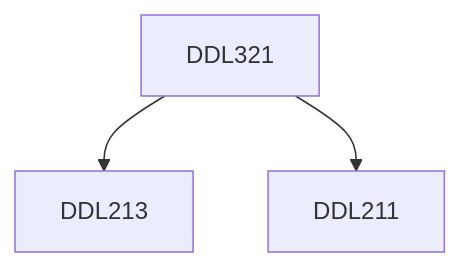
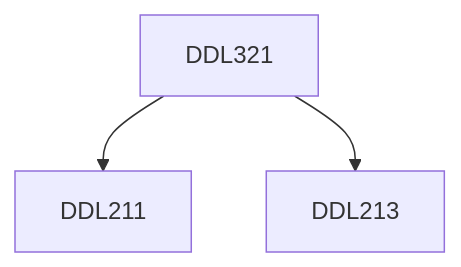
Before and after one commit to KeshavBansal0122/CoS_Website: the diagram in content/Design/DDL321.md, drawn with Mermaid. The commit also changed other lines of this file and 2662 other files, not shown here.

````diff
--- a/content/Design/DDL321.md
+++ b/content/Design/DDL321.md
@@ -13,9 +13,9 @@
 ```mermaid
 flowchart TD
 DDL321-302[DDL321]
+DDL321-302 --> DDL211-302[DDL211]
 DDL321-302 --> DDL213-302[DDL213]
-DDL321-302 --> DDL211-302[DDL211]
 
 classDef empty height:17px, fill:transparent, stroke:transparent;
 classDef trueEmpty height:0px, width:0px;
 ```
````
